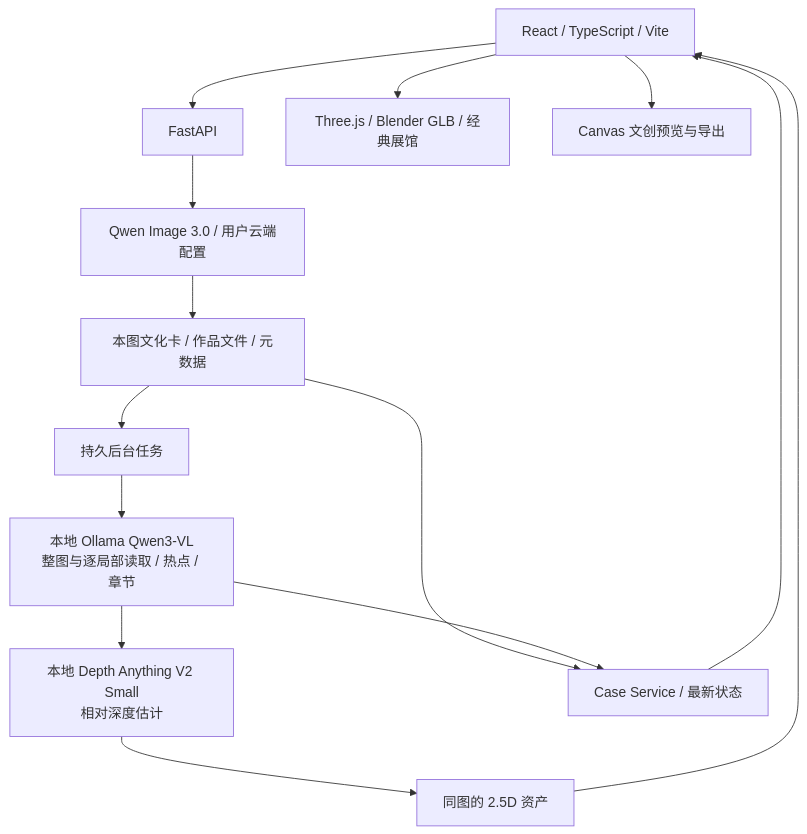
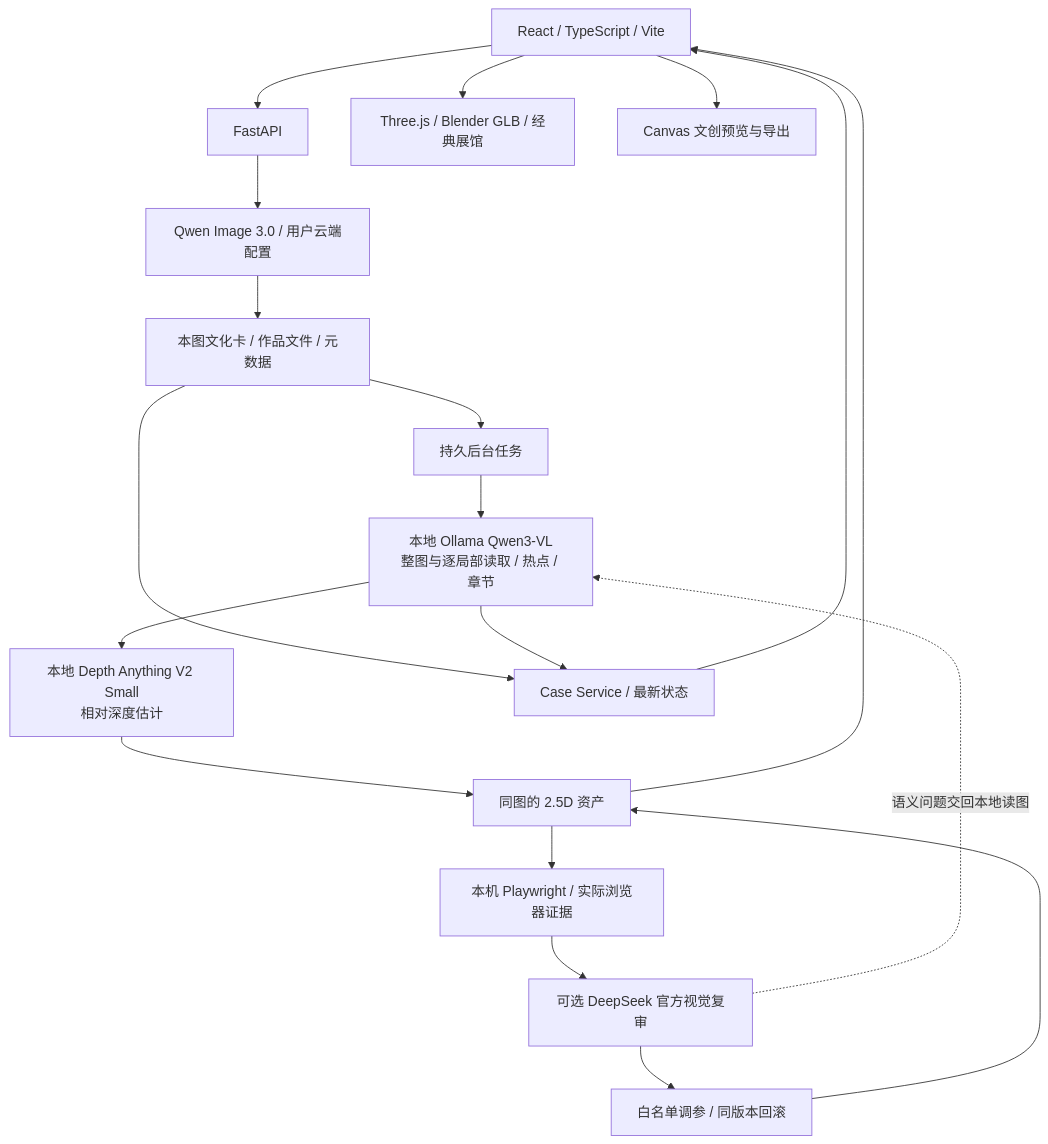
One commit to 3331083641-prog/wenmai-huazhang changed the second of 2 diagrams in README.md. Above: the diagram before and after it, drawn with Mermaid. The commit also changed other lines of this file and 112 other files, not shown here.

Commit message:
feat: add bounded DeepSeek visual review for automatic artwork experiences

````diff
--- a/README.md
+++ b/README.md
@@ -95,16 +99,21 @@
 ```mermaid
 flowchart TD
   UI[React / TypeScript / Vite] --> API[FastAPI]
   API --> GEN[Qwen Image 3.0 / 用户云端配置]
   GEN --> SAVE[本图文化卡 / 作品文件 / 元数据]
   SAVE --> JOB[持久后台任务]
   JOB --> VL[本地 Ollama Qwen3-VL<br/>整图与逐局部读取 / 热点 / 章节]
   VL --> DEPTH[本地 Depth Anything V2 Small<br/>相对深度估计]
   DEPTH --> WORLD[同图的 2.5D 资产]
+  WORLD --> CAP[本机 Playwright / 实际浏览器证据]
+  CAP --> REVIEW[可选 DeepSeek 官方视觉复审]
+  REVIEW --> TUNE[白名单调参 / 同版本回滚]
+  TUNE --> WORLD
+  REVIEW -. 语义问题交回本地读图 .-> VL
   SAVE --> CASES[Case Service / 最新状态]
   VL --> CASES
   CASES --> UI
   WORLD --> UI
   UI --> HALL[Three.js / Blender GLB / 经典展馆]
   UI --> PNG[Canvas 文创预览与导出]
 ```
````
